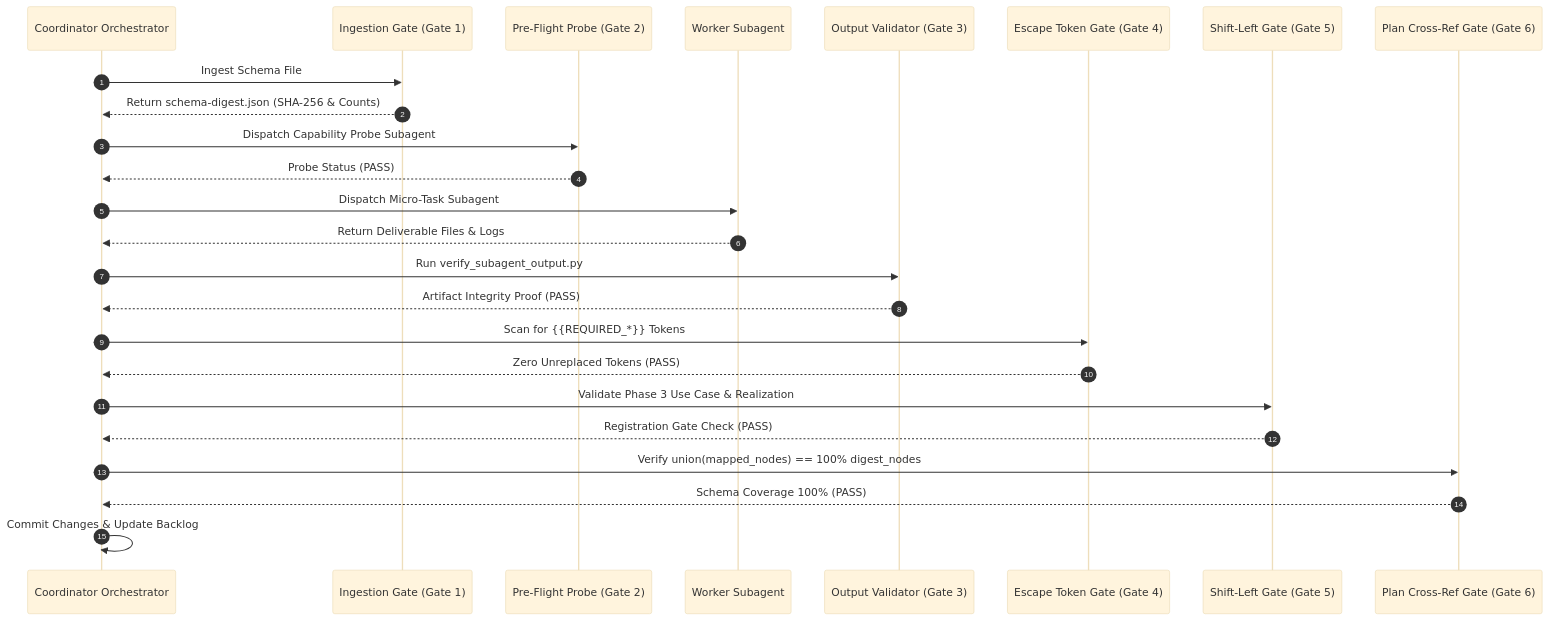
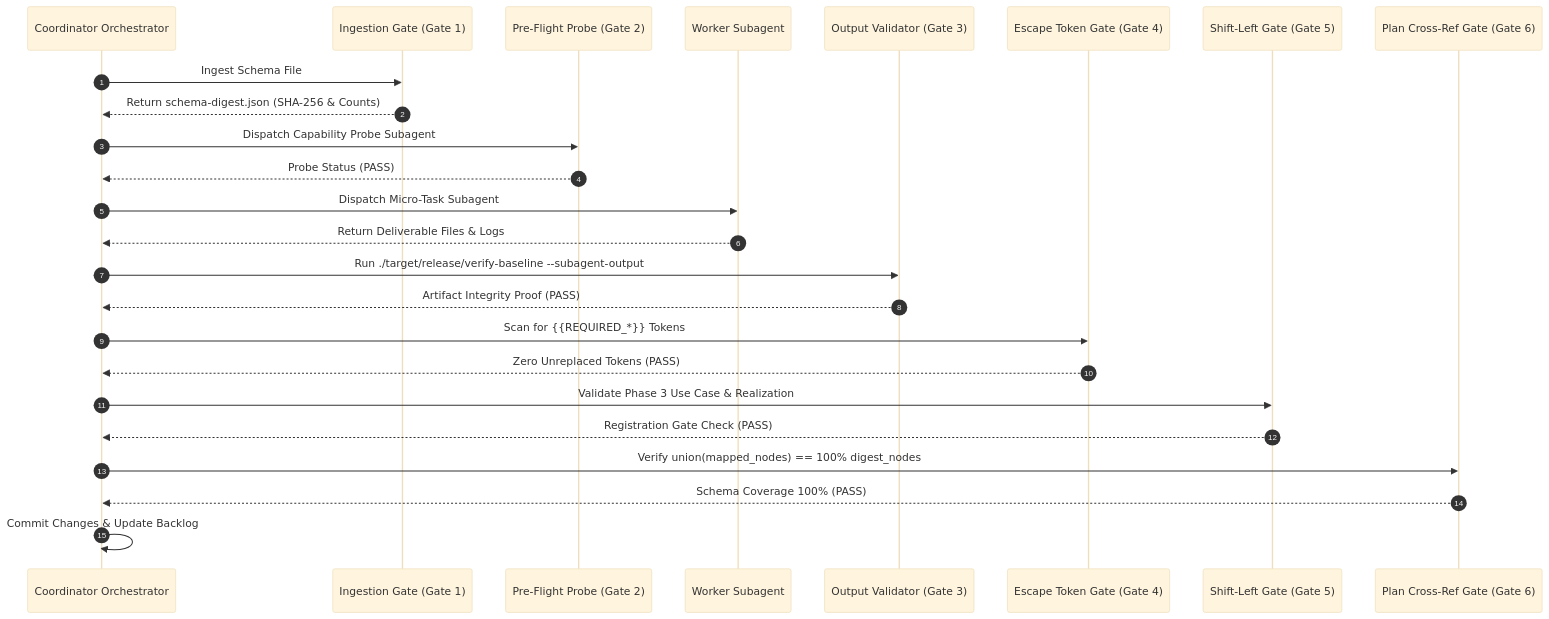
The second of 3 diagrams in docs/designs/six-mechanical-enforcement-gates-blueprint.md (gintatkinson/DEAP01-spec-core), drawn with Mermaid (base theme) before and after one commit. The commit also changed other lines of this file and 162 other files, not shown here.

Commit message:
feat(verify-baseline,compile-sysml,ingest-sysml,deap-core): enforce Check 36 per-item 7-section docstring gate, Check 33 zero-Python content scanner, FEAT-42 source AST ingestion and docstring synthesizer, and 12-check defect dossier validator (refs #465, #466, #467, #468, #469)

````diff
--- a/docs/designs/six-mechanical-enforcement-gates-blueprint.md
+++ b/docs/designs/six-mechanical-enforcement-gates-blueprint.md
@@ -111,28 +111,28 @@
 ```mermaid
 sequenceDiagram
     autonumber
     participant Coord as Coordinator Orchestrator
     participant Gate1 as Ingestion Gate (Gate 1)
     participant Probe as Pre-Flight Probe (Gate 2)
     participant Sub as Worker Subagent
     participant Val as Output Validator (Gate 3)
     participant Token as Escape Token Gate (Gate 4)
     participant Reg as Shift-Left Gate (Gate 5)
     participant Cross as Plan Cross-Ref Gate (Gate 6)
 
     Coord->>Gate1: Ingest Schema File
     Gate1-->>Coord: Return schema-digest.json (SHA-256 & Counts)
     Coord->>Probe: Dispatch Capability Probe Subagent
     Probe-->>Coord: Probe Status (PASS)
     Coord->>Sub: Dispatch Micro-Task Subagent
     Sub-->>Coord: Return Deliverable Files & Logs
-    Coord->>Val: Run verify_subagent_output.py
+    Coord->>Val: Run ./target/release/verify-baseline --subagent-output
     Val-->>Coord: Artifact Integrity Proof (PASS)
     Coord->>Token: Scan for {{REQUIRED_*}} Tokens
     Token-->>Coord: Zero Unreplaced Tokens (PASS)
     Coord->>Reg: Validate Phase 3 Use Case & Realization
     Reg-->>Coord: Registration Gate Check (PASS)
     Coord->>Cross: Verify union(mapped_nodes) == 100% digest_nodes
     Cross-->>Coord: Schema Coverage 100% (PASS)
     Coord->>Coord: Commit Changes & Update Backlog
 ```
````
